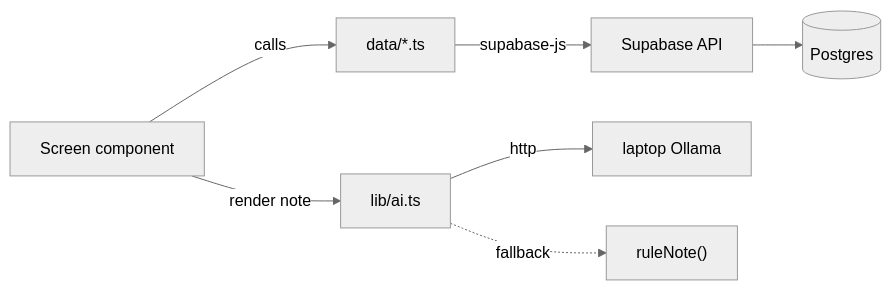
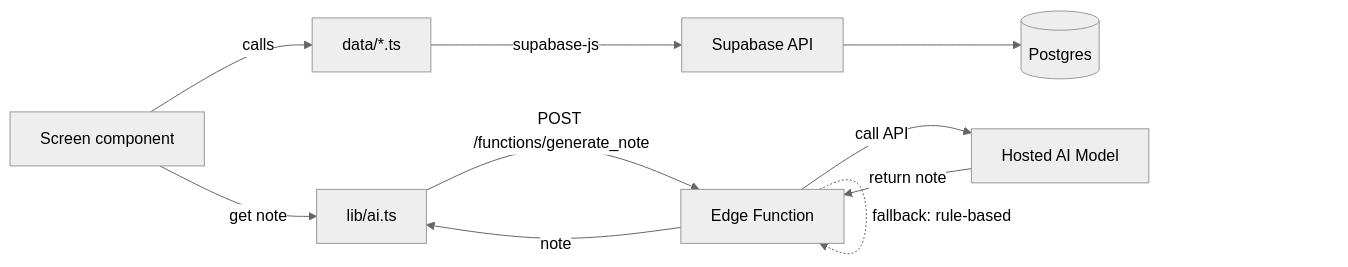
One commit to ana-sel/north-star changed the third of 7 diagrams in Compass/compass-v1-design.md. Above: the diagram before and after it, drawn with Mermaid (neutral theme). The commit also changed other lines of this file and 2 other files, not shown here.

First line of the commit message:
docs: remove outdated Ollama + Cloudflare references

````diff
--- a/Compass/compass-v1-design.md
+++ b/Compass/compass-v1-design.md
@@ -220,9 +220,12 @@
 ```mermaid
 flowchart LR
     UI["Screen component"] -->|"calls"| Data["data/*.ts"]
     Data -->|"supabase-js"| API["Supabase API"]
     API --> DB[("Postgres")]
-    UI -->|"render note"| AI["lib/ai.ts"]
-    AI -->|"http"| Ollama["laptop Ollama"]
-    AI -. "fallback" .-> Rule["ruleNote()"]
+    UI -->|"get note"| AI["lib/ai.ts"]
+    AI -->|"POST /functions/generate_note"| Func["Edge Function"]
+    Func -->|"call API"| Model["Hosted AI Model"]
+    Model -->|"return note"| Func
+    Func -. "fallback: rule-based" .-> Func
+    Func -->|"note"| AI
 ```
````
